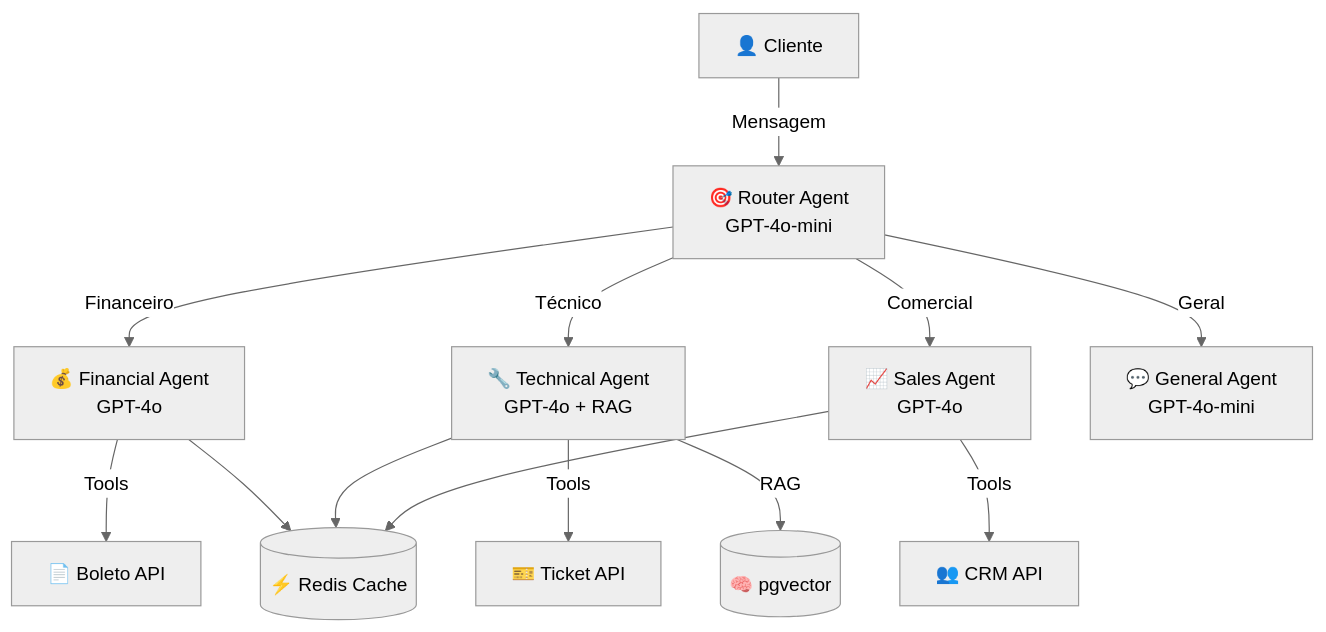
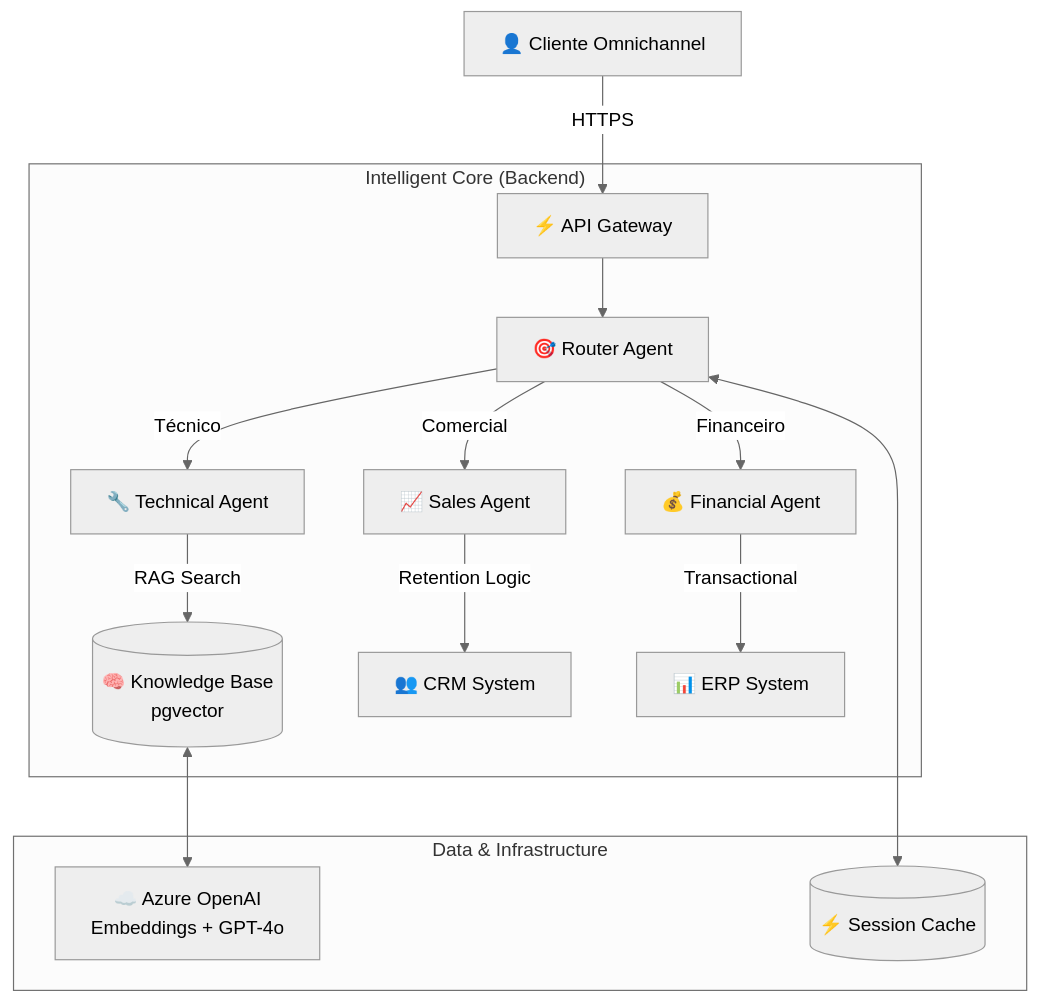
One commit to Jcnok/central-atendimento-azure changed the diagram in README.md. Above: the diagram before and after it, drawn with Mermaid (neutral theme). The commit also changed other lines of this file and 16 other files, not shown here.

Commit message:
feat: implement RAG, aggressive sales agent, and enterprise docs

````diff
--- a/README.md
+++ b/README.md
@@ -94,18 +36,21 @@
 ```mermaid
 graph TD
-    User[👤 Cliente] -->|Mensagem| Router[🎯 Router Agent<br/>GPT-4o-mini]
+    User[👤 Cliente Omnichannel] -->|HTTPS| Gateway[⚡ API Gateway]
     
-    Router -->|Financeiro| FinAgent[💰 Financial Agent<br/>GPT-4o]
-    Router -->|Técnico| TechAgent[🔧 Technical Agent<br/>GPT-4o + RAG]
-    Router -->|Comercial| SalesAgent[📈 Sales Agent<br/>GPT-4o]
-    Router -->|Geral| GenAgent[💬 General Agent<br/>GPT-4o-mini]
+    subgraph "Intelligent Core (Backend)"
+        Gateway --> Router[🎯 Router Agent]
+        
+        Router -->|Técnico| TechAgent[🔧 Technical Agent]
+        Router -->|Comercial| SalesAgent[📈 Sales Agent]
+        Router -->|Financeiro| FinAgent[💰 Financial Agent]
+        
+        TechAgent -->|RAG Search| VectorDB[(🧠 Knowledge Base\npgvector)]
+        SalesAgent -->|Retention Logic| CRM[👥 CRM System]
+        FinAgent -->|Transactional| ERP[📊 ERP System]
+    end
     
-    FinAgent -->|Tools| BoletoAPI[📄 Boleto API]
-    TechAgent -->|Tools| TicketAPI[🎫 Ticket API]
-    TechAgent -->|RAG| VectorDB[(🧠 pgvector)]
-    SalesAgent -->|Tools| CRM[👥 CRM API]
-    
-    FinAgent --> Cache[(⚡ Redis Cache)]
-    TechAgent --> Cache
-    SalesAgent --> Cache
+    subgraph "Data & Infrastructure"
+        VectorDB <--> AzureOpenAI[☁️ Azure OpenAI\nEmbeddings + GPT-4o]
+        Router <--> Redis[(⚡ Session Cache)]
+    end
 ```
````
